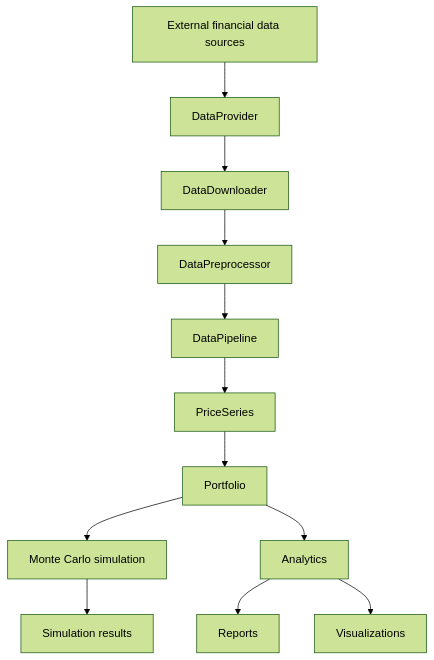
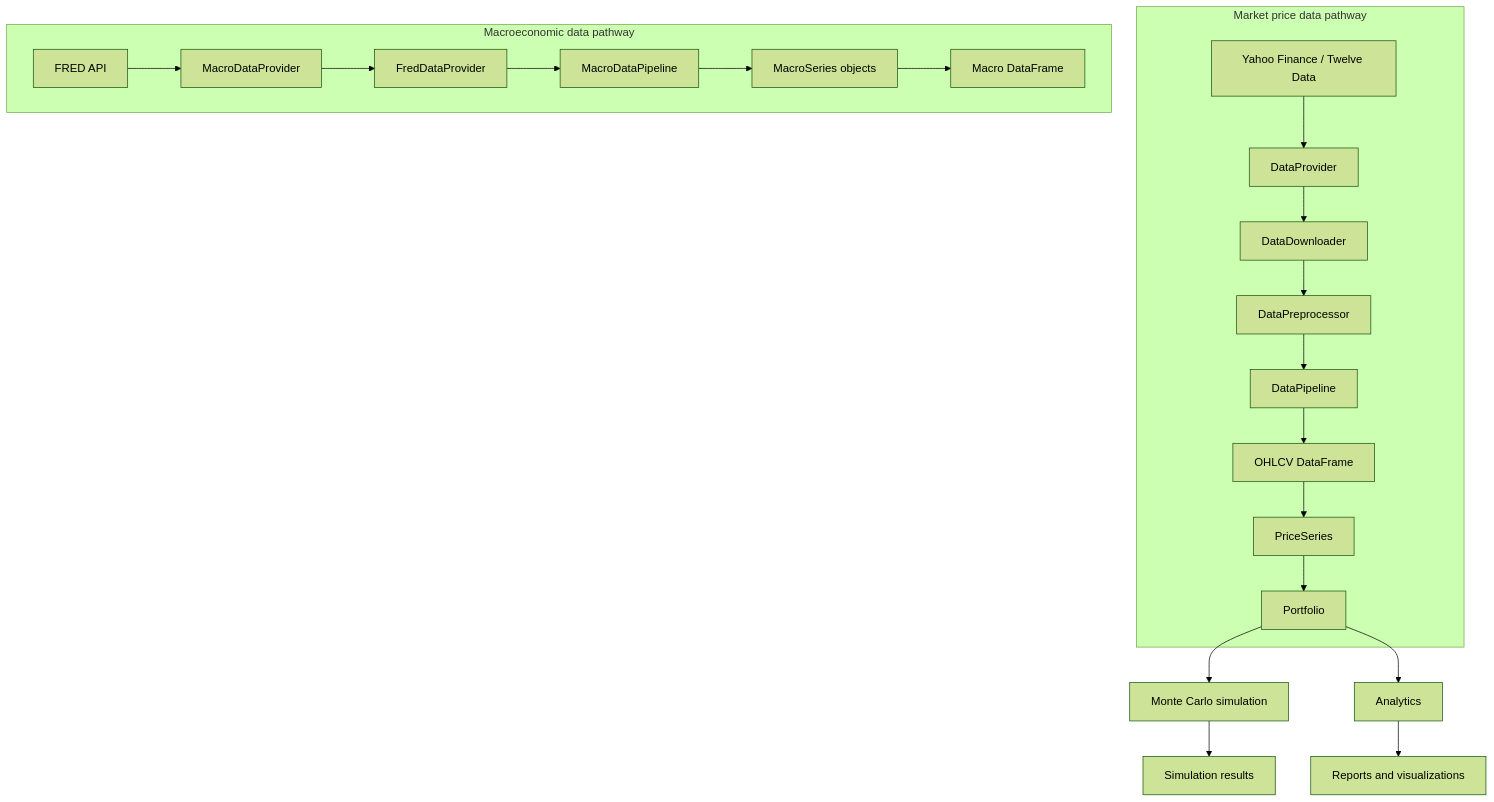
One commit to soyfragoso/Financial-toolkit-MIAX15RF changed the first of 2 diagrams in docs/architecture.md. Above: the diagram before and after it, drawn with Mermaid (forest theme). The commit also changed other lines of this file and 15 other files, not shown here.

````diff
--- a/docs/architecture.md
+++ b/docs/architecture.md
@@ -81,14 +121,25 @@
 ```mermaid
 flowchart TD
-    A[External financial data sources] --> B[DataProvider]
-    B --> C[DataDownloader]
-    C --> D[DataPreprocessor]
-    D --> E[DataPipeline]
-    E --> F[PriceSeries]
-    F --> G[Portfolio]
-    G --> H[Monte Carlo simulation]
-    G --> I[Analytics]
-    H --> J[Simulation results]
-    I --> K[Reports]
-    I --> L[Visualizations]
+    subgraph Market["Market price data pathway"]
+        A[Yahoo Finance / Twelve Data] --> B[DataProvider]
+        B --> C[DataDownloader]
+        C --> D[DataPreprocessor]
+        D --> E[DataPipeline]
+        E --> F[OHLCV DataFrame]
+        F --> G[PriceSeries]
+        G --> H[Portfolio]
+    end
+
+    subgraph Macro["Macroeconomic data pathway"]
+        M[FRED API] --> N[MacroDataProvider]
+        N --> O[FredDataProvider]
+        O --> P[MacroDataPipeline]
+        P --> Q[MacroSeries objects]
+        Q --> R[Macro DataFrame]
+    end
+
+    H --> I[Monte Carlo simulation]
+    H --> J[Analytics]
+    I --> K[Simulation results]
+    J --> L[Reports and visualizations]
 ```
````
